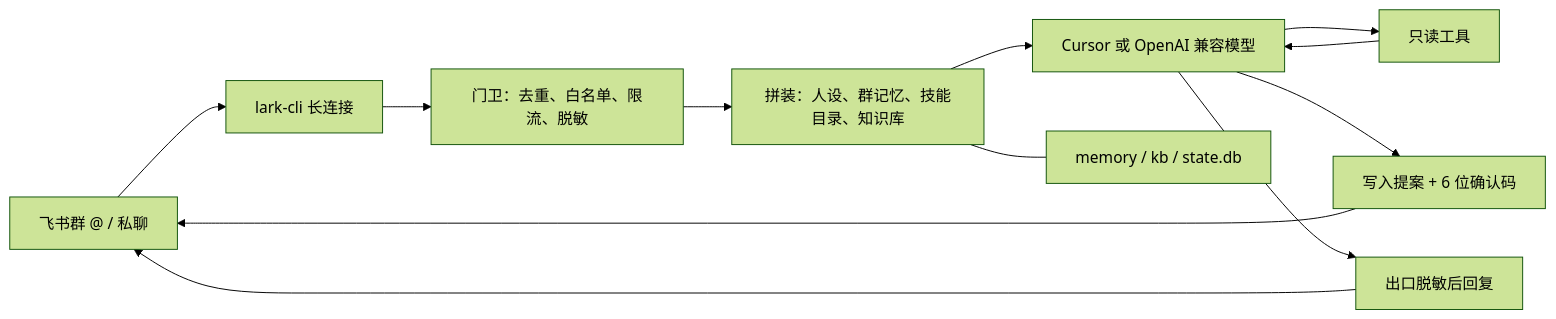
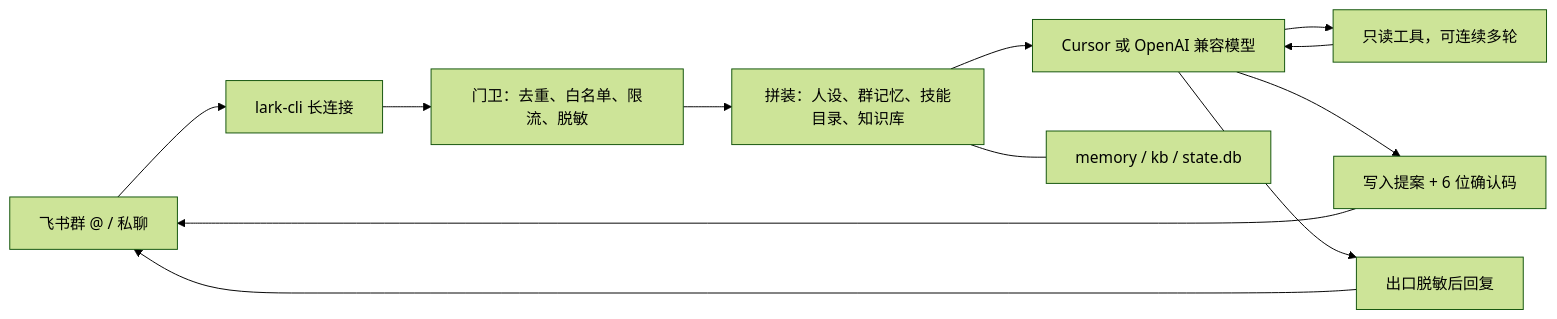
Before and after one commit to endtree-FDE/feishu-group-agent: the diagram in README.md, drawn with Mermaid (forest theme). The commit also changed other lines of this file and 42 other files, not shown here.

````diff
--- a/README.md
+++ b/README.md
@@ -19,14 +19,14 @@
 ```mermaid
 flowchart LR
   feishu["飞书群 @ / 私聊"] --> lark["lark-cli 长连接"]
   lark --> guard["门卫：去重、白名单、限流、脱敏"]
   guard --> pack["拼装：人设、群记忆、技能目录、知识库"]
   pack --> model["Cursor 或 OpenAI 兼容模型"]
-  model --> tools["只读工具"]
+  model --> tools["只读工具，可连续多轮"]
   model --> confirm["写入提案 + 6 位确认码"]
   tools --> model
   confirm --> feishu
   model --> out["出口脱敏后回复"]
   out --> feishu
   pack --- store["memory / kb / state.db"]
 ```
````
